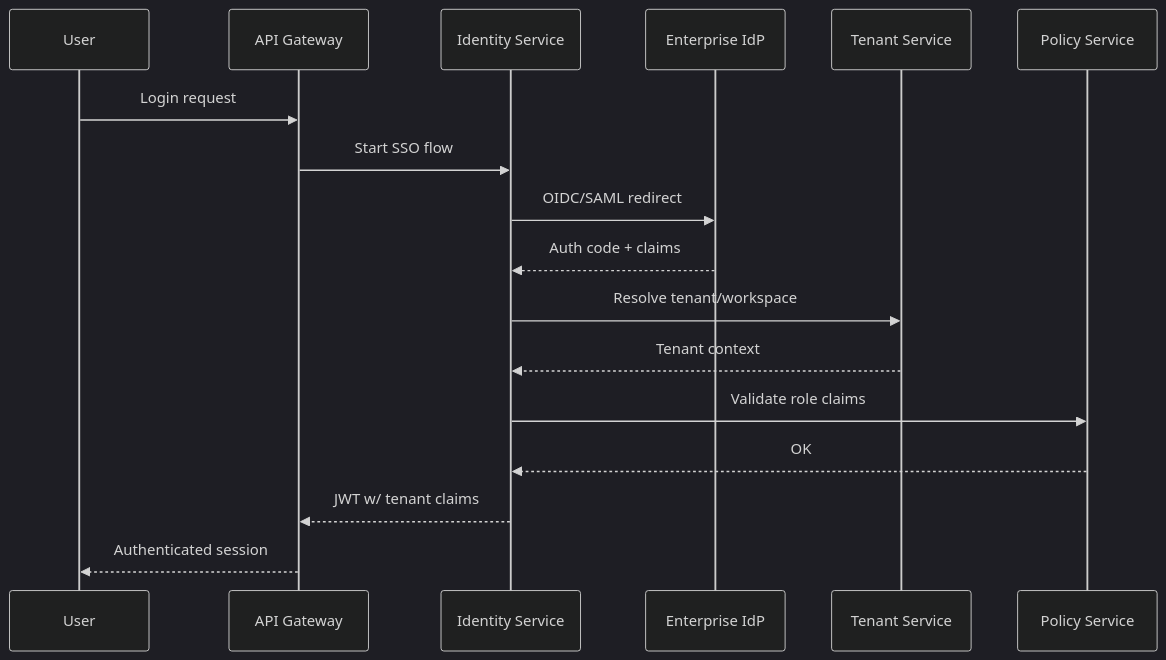
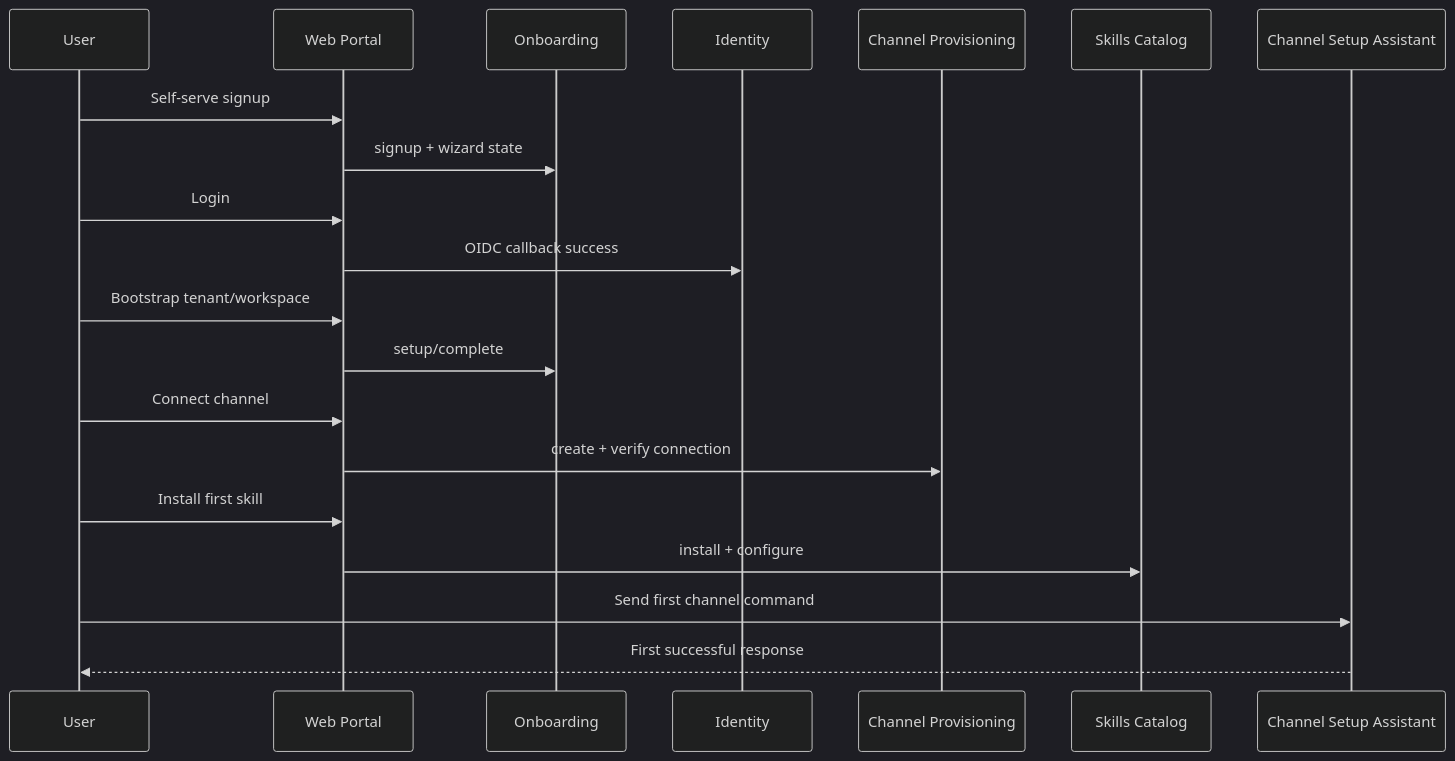
One commit to likaho/openclaw changed the eighth of 8 diagrams in docs/design/enterprise-microservices.md. Above: the diagram before and after it, drawn with Mermaid (dark theme). The commit also changed other lines of this file and 32 other files, not shown here.

Commit message:
UX: implement milestones 10-16 enterprise onboarding expansion

````diff
--- a/docs/design/enterprise-microservices.md
+++ b/docs/design/enterprise-microservices.md
@@ -171,20 +313,23 @@
 ```mermaid
 sequenceDiagram
   participant User as User
-  participant Edge as API Gateway
-  participant Identity as Identity Service
-  participant IdP as Enterprise IdP
-  participant Tenant as Tenant Service
-  participant Policy as Policy Service
+  participant Portal as Web Portal
+  participant Onboarding as Onboarding
+  participant Identity as Identity
+  participant ChannelProvision as Channel Provisioning
+  participant Skills as Skills Catalog
+  participant Assistant as Channel Setup Assistant
 
-  User->>Edge: Login request
-  Edge->>Identity: Start SSO flow
-  Identity->>IdP: OIDC/SAML redirect
-  IdP-->>Identity: Auth code + claims
-  Identity->>Tenant: Resolve tenant/workspace
-  Tenant-->>Identity: Tenant context
-  Identity->>Policy: Validate role claims
-  Policy-->>Identity: OK
-  Identity-->>Edge: JWT w/ tenant claims
-  Edge-->>User: Authenticated session
+  User->>Portal: Self-serve signup
+  Portal->>Onboarding: signup + wizard state
+  User->>Portal: Login
+  Portal->>Identity: OIDC callback success
+  User->>Portal: Bootstrap tenant/workspace
+  Portal->>Onboarding: setup/complete
+  User->>Portal: Connect channel
+  Portal->>ChannelProvision: create + verify connection
+  User->>Portal: Install first skill
+  Portal->>Skills: install + configure
+  User->>Assistant: Send first channel command
+  Assistant-->>User: First successful response
 ```
````
